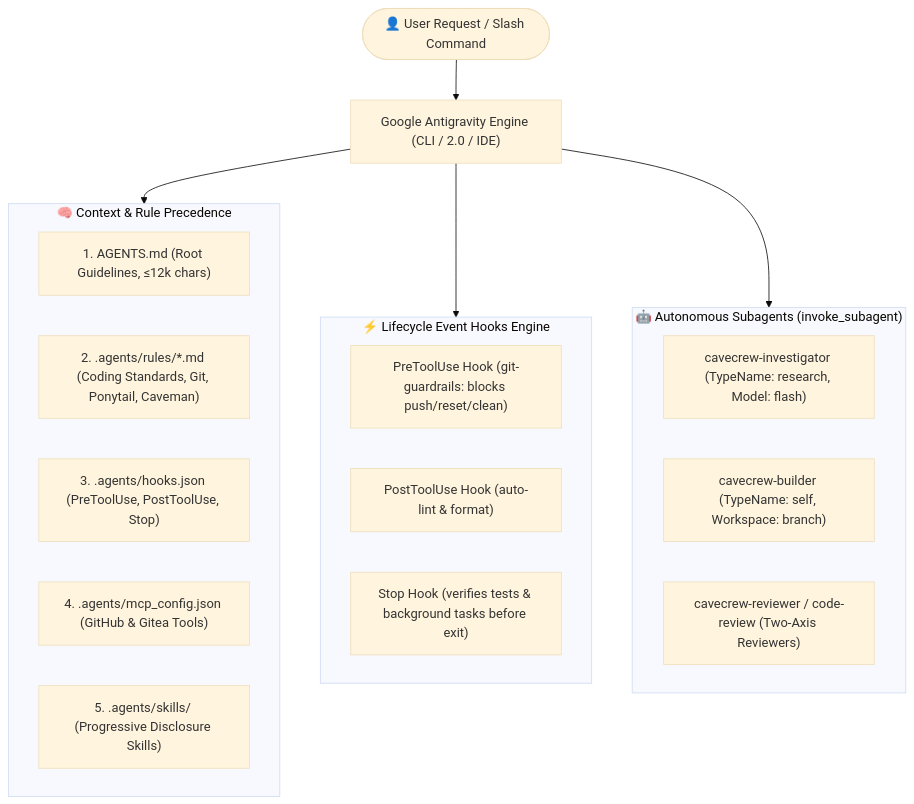
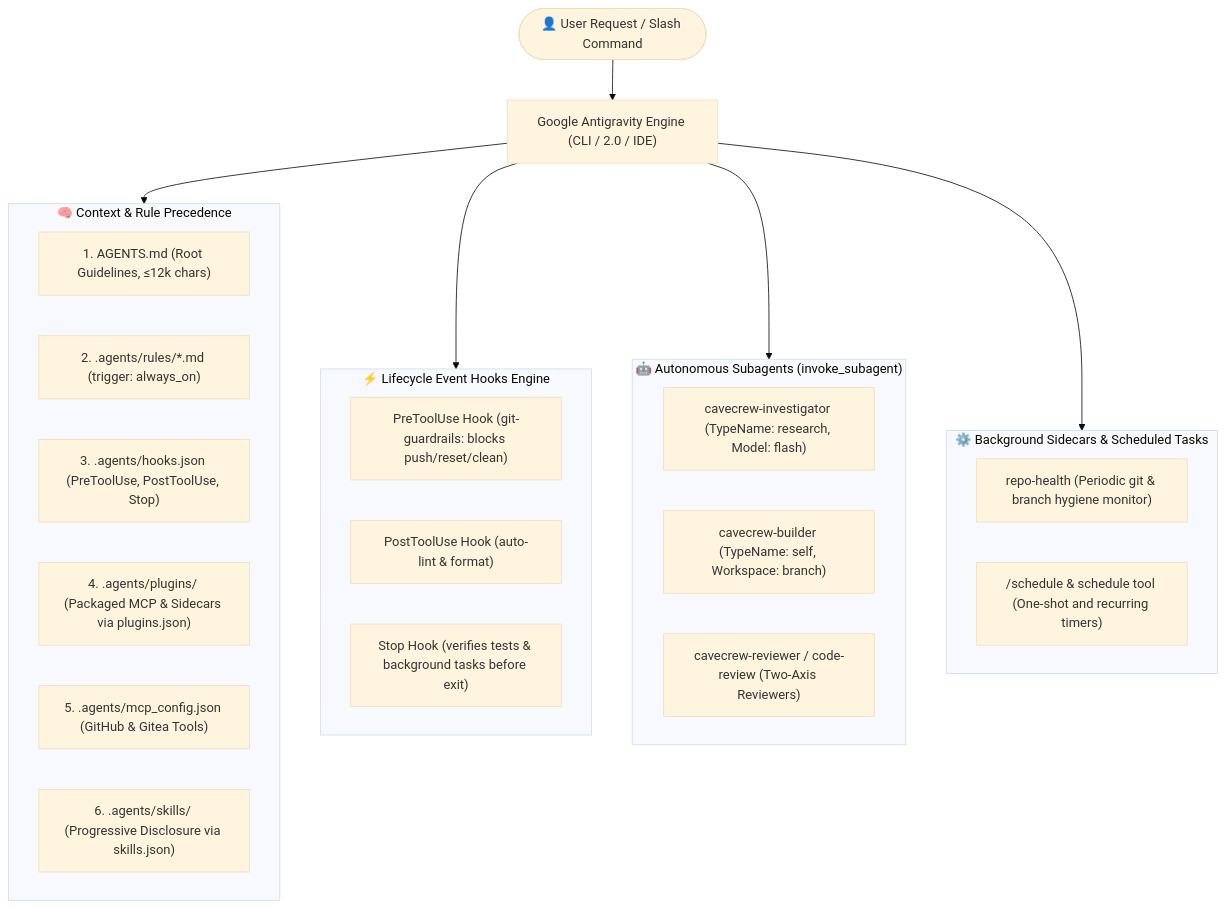
One commit to rafaelghif/antigravity-agents changed the diagram in README.md. Above: the diagram before and after it, drawn with Mermaid (base theme). The commit also changed other lines of this file and 21 other files, not shown here.

Commit message:
feat: implement Antigravity plugins, sidecars, rule triggers, and explicit manifests

````diff
--- a/README.md
+++ b/README.md
@@ -34,30 +34,38 @@
 ```mermaid
 flowchart TD
     User(["👤 User Request / Slash Command"]) --> Antigravity["Google Antigravity Engine (CLI / 2.0 / IDE)"]
 
     subgraph Context ["🧠 Context & Rule Precedence"]
         AGENTS["1. AGENTS.md (Root Guidelines, ≤12k chars)"]
-        Rules["2. .agents/rules/*.md (Coding Standards, Git, Ponytail, Caveman)"]
+        Rules["2. .agents/rules/*.md (trigger: always_on)"]
         Hooks["3. .agents/hooks.json (PreToolUse, PostToolUse, Stop)"]
-        MCP["4. .agents/mcp_config.json (GitHub & Gitea Tools)"]
-        Skills["5. .agents/skills/ (Progressive Disclosure Skills)"]
+        Plugins["4. .agents/plugins/ (Packaged MCP & Sidecars via plugins.json)"]
+        MCP["5. .agents/mcp_config.json (GitHub & Gitea Tools)"]
+        Skills["6. .agents/skills/ (Progressive Disclosure via skills.json)"]
     end
 
     Antigravity --> Context
 
     subgraph HooksEngine ["⚡ Lifecycle Event Hooks Engine"]
         PreTool["PreToolUse Hook (git-guardrails: blocks push/reset/clean)"]
         PostTool["PostToolUse Hook (auto-lint & format)"]
         StopHook["Stop Hook (verifies tests & background tasks before exit)"]
     end
 
     Antigravity --> HooksEngine
 
     subgraph SubagentsEngine ["🤖 Autonomous Subagents (invoke_subagent)"]
         Investigator["cavecrew-investigator (TypeName: research, Model: flash)"]
         Builder["cavecrew-builder (TypeName: self, Workspace: branch)"]
         Reviewer["cavecrew-reviewer / code-review (Two-Axis Reviewers)"]
     end
 
     Antigravity --> SubagentsEngine
+
+    subgraph SidecarsEngine ["⚙️ Background Sidecars & Scheduled Tasks"]
+        Sidecars["repo-health (Periodic git & branch hygiene monitor)"]
+        CronSchedule["/schedule & schedule tool (One-shot and recurring timers)"]
+    end
+
+    Antigravity --> SidecarsEngine
 ```
````
